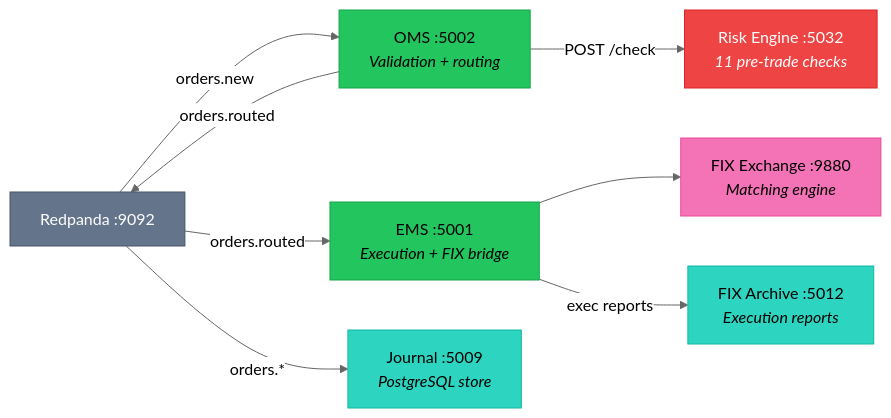
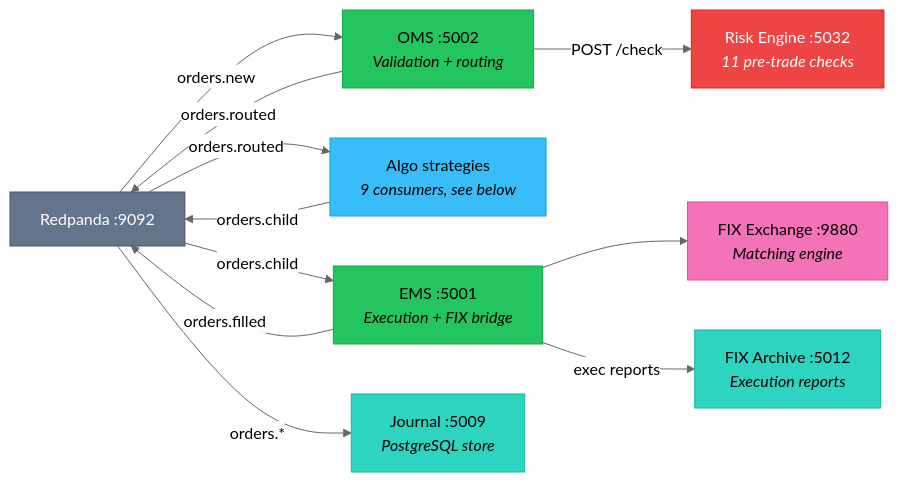
The third of 8 diagrams in docs/site/src/content/docs/platform/architecture.md (milesburton/veta-trading-platform), drawn with Mermaid (neutral theme) before and after one commit. The commit also changed 6 other files, not shown here.

Commit message:
docs(platform): correct bus diagram, risk architecture, threat model and standards against the code

````diff
--- a/docs/site/src/content/docs/platform/architecture.md
+++ b/docs/site/src/content/docs/platform/architecture.md
@@ -70,24 +70,29 @@
 ```mermaid
 graph LR
     KAFKA["Redpanda :9092"]:::bus
     OMS["OMS :5002<br/><i>Validation + routing</i>"]:::trading
     RISK["Risk Engine :5032<br/><i>11 pre-trade checks</i>"]:::risk
+    ALGO["Algo strategies<br/><i>9 consumers, see below</i>"]:::algo
     EMS["EMS :5001<br/><i>Execution + FIX bridge</i>"]:::trading
     FIXEX["FIX Exchange :9880<br/><i>Matching engine</i>"]:::fix
     JOURNAL["Journal :5009<br/><i>PostgreSQL store</i>"]:::storage
     FIXARC["FIX Archive :5012<br/><i>Execution reports</i>"]:::storage
 
     KAFKA -->|"orders.new"| OMS
     OMS -->|"POST /check"| RISK
     OMS -->|"orders.routed"| KAFKA
-    KAFKA -->|"orders.routed"| EMS
+    KAFKA -->|"orders.routed"| ALGO
+    ALGO -->|"orders.child"| KAFKA
+    KAFKA -->|"orders.child"| EMS
     EMS --> FIXEX
+    EMS -->|"orders.filled"| KAFKA
     KAFKA -->|"orders.*"| JOURNAL
     EMS -->|"exec reports"| FIXARC
 
     classDef bus fill:#64748b,stroke:#475569,color:#fff
     classDef trading fill:#22c55e,stroke:#16a34a,color:#000
     classDef risk fill:#ef4444,stroke:#dc2626,color:#fff
     classDef fix fill:#f472b6,stroke:#ec4899,color:#000
     classDef storage fill:#2dd4bf,stroke:#14b8a6,color:#000
+    classDef algo fill:#38bdf8,stroke:#0ea5e9,color:#000
 ```
````
